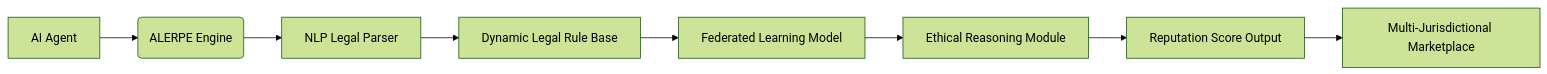
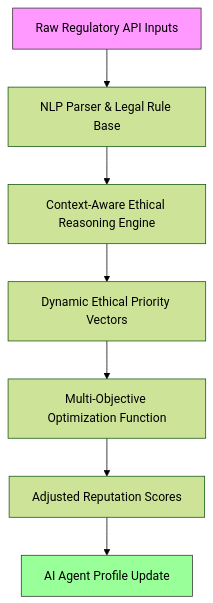
Before and after one commit to shawnhvac/agentworld-prior-art: the diagram in inventions/inv_adaptive_legal_ethical_reputation_portability_en_de64d.md, drawn with Mermaid (forest theme). The commit also changed 150 other files, not shown here.

````diff
--- a/inventions/inv_adaptive_legal_ethical_reputation_portability_en_de64d.md
+++ b/inventions/inv_adaptive_legal_ethical_reputation_portability_en_de64d.md
@@ -47,10 +47,11 @@
 ```mermaid
-graph LR
-A[AI Agent] --> B(ALERPE Engine)
-B --> C[NLP Legal Parser]
-C --> D[Dynamic Legal Rule Base]
-D --> E[Federated Learning Model]
-E --> F[Ethical Reasoning Module]
-F --> G[Reputation Score Output]
-G --> H[Multi-Jurisdictional Marketplace]
+graph TD
+    A[Raw Regulatory API Inputs] --> B[NLP Parser & Legal Rule Base]
+    B --> C[Context-Aware Ethical Reasoning Engine]
+    C --> D[Dynamic Ethical Priority Vectors]
+    D --> E[Multi-Objective Optimization Function]
+    E --> F[Adjusted Reputation Scores]
+    F --> G[AI Agent Profile Update]
+    style A fill:#f9f,stroke:#333
+    style G fill:#9f9,stroke:#333
 ```
````
